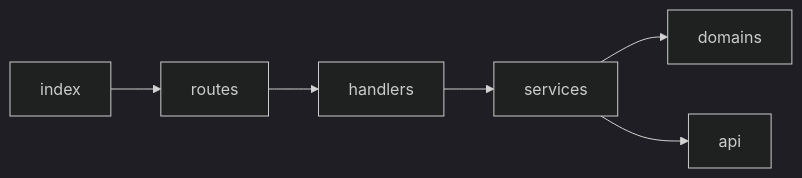
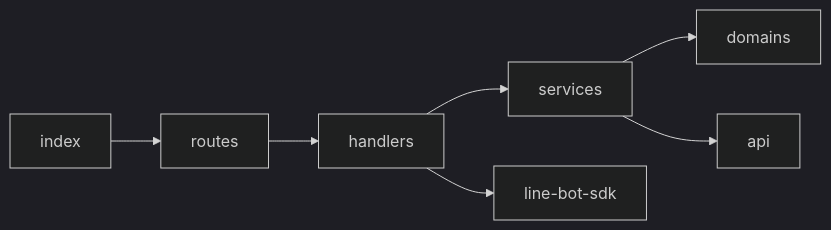
The first of 3 diagrams in readme.md (mitsuoka0423/bun-line-bot-tax-calc.ts), drawn with Mermaid (dark theme) before and after one commit. The commit also changed other lines of this file and 11 other files, not shown here.

````diff
--- a/readme.md
+++ b/readme.md
@@ -21,8 +21,9 @@
 ```mermaid
 flowchart LR
   index --> routes
   routes --> handlers
   handlers --> services
+  handlers --> line-bot-sdk
   services --> domains
   services --> api
 ```
````
